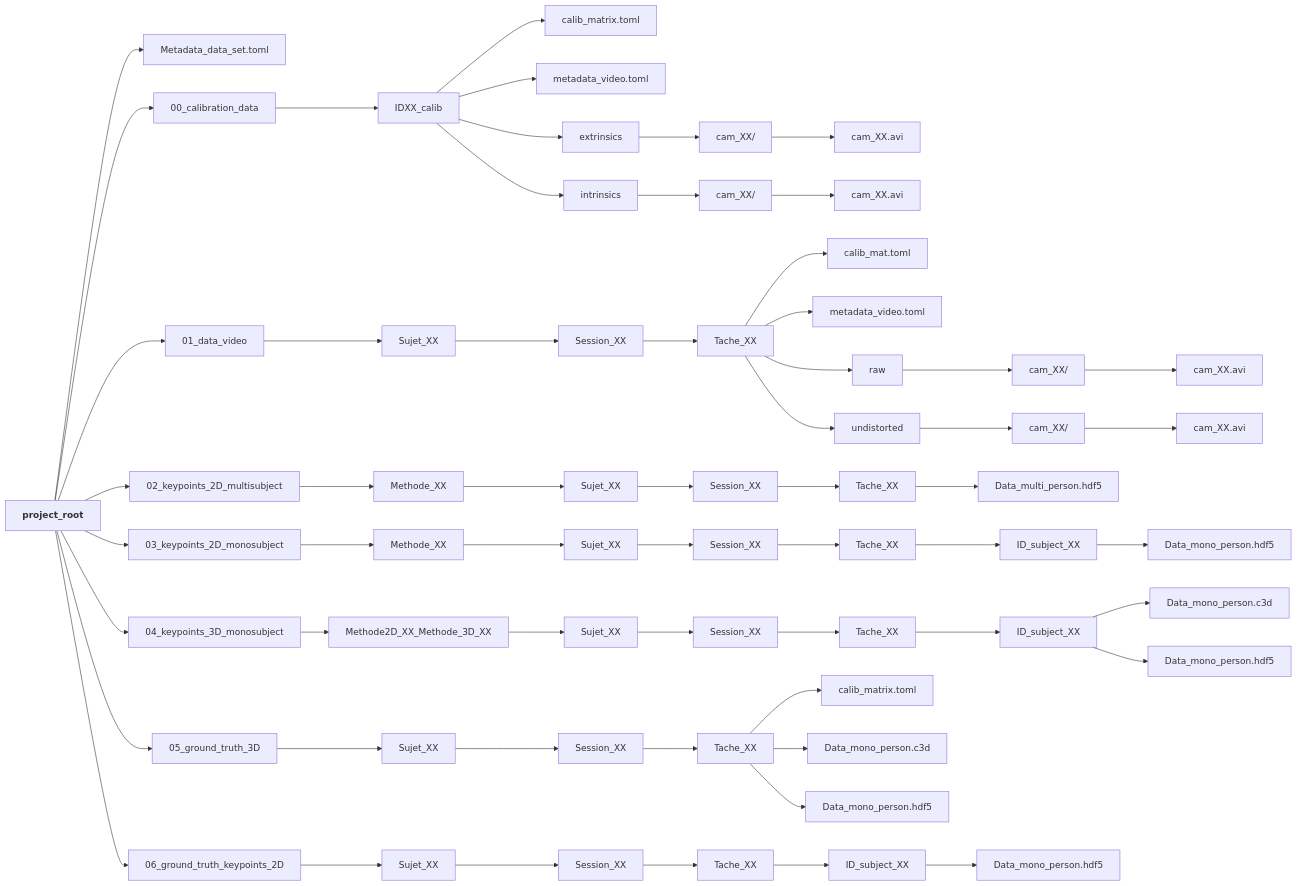
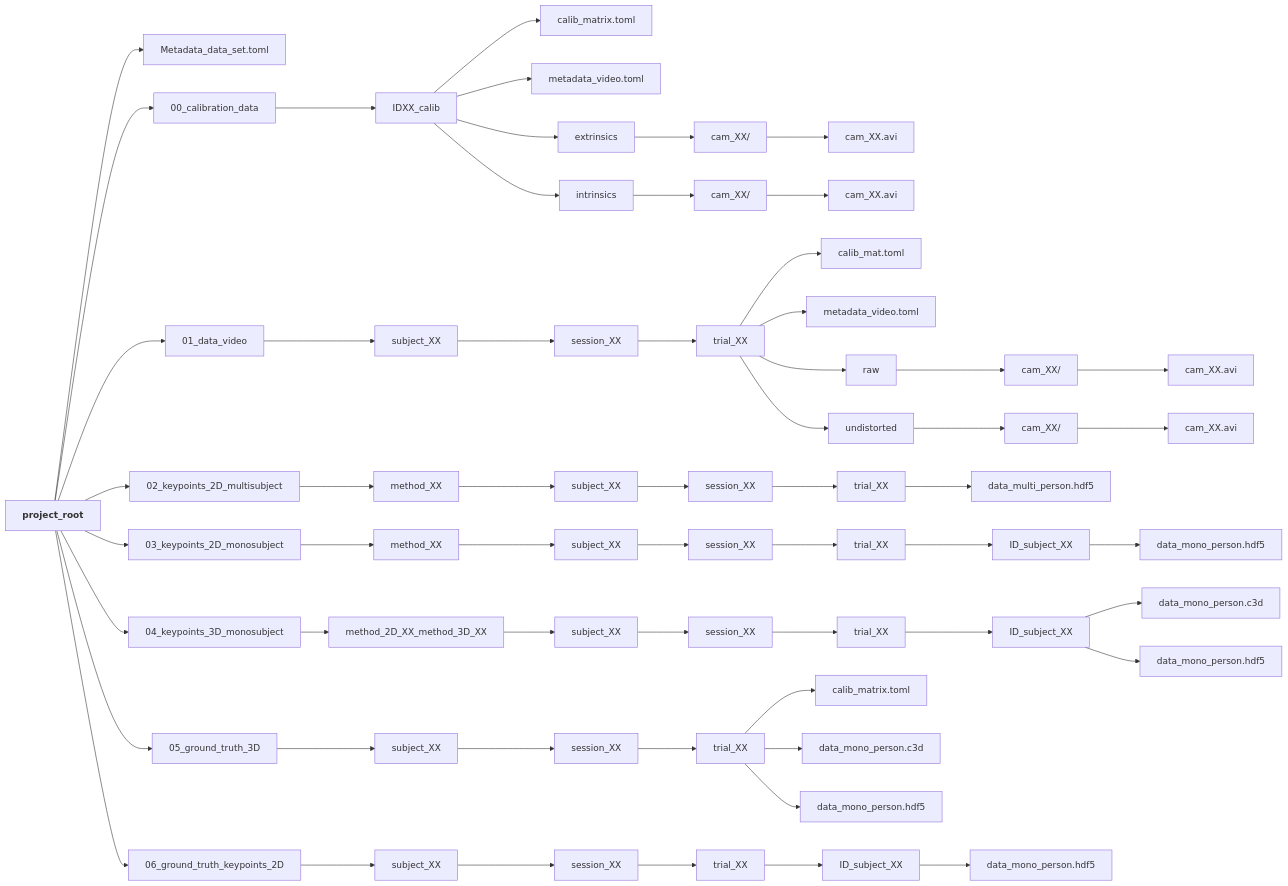
Before and after one commit to ANaaim/Reflexion_data_marker_less: the diagram in README.md, drawn with Mermaid. The commit also changed other lines of this file, not shown here.

`````diff
--- a/README.md
+++ b/README.md
@@ -2,81 +2,77 @@
 ````mermaid
 graph LR
     ROOT["<strong>project_root</strong>"]
 
-    %% Metadata global
+    %% Global metadata
     ROOT --> META["Metadata_data_set.toml"]
 
-    %% 00 – Calibration
+    %% 00 – Calibration data
     ROOT --> CALIB["00_calibration_data"]
     CALIB --> CALIB_ID["IDXX_calib"]
-    CALIB_ID --> CALIB_MATRIX["calib_matrix.toml"]
+    CALIB_ID --> CALIB_MAT["calib_matrix.toml"]
     CALIB_ID --> CALIB_META["metadata_video.toml"]
-
     CALIB_ID --> EX["extrinsics"]
     EX --> EX_CAM["cam_XX/"]
     EX_CAM --> EX_AVI["cam_XX.avi"]
-
     CALIB_ID --> IN["intrinsics"]
     IN --> IN_CAM["cam_XX/"]
     IN_CAM --> IN_AVI["cam_XX.avi"]
 
     %% 01 – Data video
     ROOT --> VIDEO["01_data_video"]
-    VIDEO --> V_SUB["Sujet_XX"]
-    V_SUB --> V_SESS["Session_XX"]
-    V_SESS --> V_TASK["Tache_XX"]
-    V_TASK --> V_CAL["calib_mat.toml"]
-    V_TASK --> V_META["metadata_video.toml"]
-
-    V_TASK --> V_RAW["raw"]
-    V_RAW --> V_RAW_CAM["cam_XX/"]
-    V_RAW_CAM --> V_RAW_AVI["cam_XX.avi"]
-
-    V_TASK --> V_UND["undistorted"]
-    V_UND --> V_UND_CAM["cam_XX/"]
-    V_UND_CAM --> V_UND_AVI["cam_XX.avi"]
+    VIDEO --> V_SUB["subject_XX"]
+    V_SUB --> V_SESS["session_XX"]
+    V_SESS --> V_TRIAL["trial_XX"]
+    V_TRIAL --> V_TRIAL_CAL["calib_mat.toml"]
+    V_TRIAL --> V_TRIAL_META["metadata_video.toml"]
+    V_TRIAL --> RAW["raw"]
+    RAW --> RAW_CAM["cam_XX/"]
+    RAW_CAM --> RAW_AVI["cam_XX.avi"]
+    V_TRIAL --> UND["undistorted"]
+    UND --> UND_CAM["cam_XX/"]
+    UND_CAM --> UND_AVI["cam_XX.avi"]
 
     %% 02 – Keypoints 2D multisubject
     ROOT --> K2D_MULTI["02_keypoints_2D_multisubject"]
-    K2D_MULTI --> K2D_METH["Methode_XX"]
-    K2D_METH --> K2D_SUB["Sujet_XX"]
-    K2D_SUB --> K2D_SESS["Session_XX"]
-    K2D_SESS --> K2D_TASK["Tache_XX"]
-    K2D_TASK --> K2D_FILE["Data_multi_person.hdf5"]
+    K2D_MULTI --> K2D_METHOD["method_XX"]
+    K2D_METHOD --> K2D_SUB["subject_XX"]
+    K2D_SUB --> K2D_SESS["session_XX"]
+    K2D_SESS --> K2D_TRIAL["trial_XX"]
+    K2D_TRIAL --> K2D_FILE["data_multi_person.hdf5"]
 
     %% 03 – Keypoints 2D monosubject
     ROOT --> K2D_MONO["03_keypoints_2D_monosubject"]
-    K2D_MONO --> K2D_MONO_METH["Methode_XX"]
-    K2D_MONO_METH --> K2D_MONO_SUB["Sujet_XX"]
-    K2D_MONO_SUB --> K2D_MONO_SESS["Session_XX"]
-    K2D_MONO_SESS --> K2D_MONO_TASK["Tache_XX"]
-    K2D_MONO_TASK --> K2D_MONO_ID["ID_subject_XX"]
-    K2D_MONO_ID --> K2D_MONO_FILE["Data_mono_person.hdf5"]
+    K2D_MONO --> K2D_MONO_METHOD["method_XX"]
+    K2D_MONO_METHOD --> K2D_MONO_SUB["subject_XX"]
+    K2D_MONO_SUB --> K2D_MONO_SESS["session_XX"]
+    K2D_MONO_SESS --> K2D_MONO_TRIAL["trial_XX"]
+    K2D_MONO_TRIAL --> K2D_MONO_ID["ID_subject_XX"]
+    K2D_MONO_ID --> K2D_MONO_FILE["data_mono_person.hdf5"]
 
     %% 04 – Keypoints 3D monosubject
     ROOT --> K3D_MONO["04_keypoints_3D_monosubject"]
-    K3D_MONO --> K3D_METH["Methode2D_XX_Methode_3D_XX"]
-    K3D_METH --> K3D_SUB["Sujet_XX"]
-    K3D_SUB --> K3D_SESS["Session_XX"]
-    K3D_SESS --> K3D_TASK["Tache_XX"]
-    K3D_TASK --> K3D_ID["ID_subject_XX"]
-    K3D_ID --> K3D_C3D["Data_mono_person.c3d"]
-    K3D_ID --> K3D_HDF5["Data_mono_person.hdf5"]
+    K3D_MONO --> K3D_METHOD["method_2D_XX_method_3D_XX"]
+    K3D_METHOD --> K3D_SUB["subject_XX"]
+    K3D_SUB --> K3D_SESS["session_XX"]
+    K3D_SESS --> K3D_TRIAL["trial_XX"]
+    K3D_TRIAL --> K3D_ID["ID_subject_XX"]
+    K3D_ID --> K3D_C3D["data_mono_person.c3d"]
+    K3D_ID --> K3D_HDF5["data_mono_person.hdf5"]
 
-    %% 05 – Ground-truth 3D
+    %% 05 – Ground truth 3D
     ROOT --> GT3D["05_ground_truth_3D"]
-    GT3D --> GT3D_SUB["Sujet_XX"]
-    GT3D_SUB --> GT3D_SESS["Session_XX"]
-    GT3D_SESS --> GT3D_TASK["Tache_XX"]
-    GT3D_TASK --> GT3D_CALIB["calib_matrix.toml"]
-    GT3D_TASK --> GT3D_C3D["Data_mono_person.c3d"]
-    GT3D_TASK --> GT3D_HDF5["Data_mono_person.hdf5"]
+    GT3D --> GT3D_SUB["subject_XX"]
+    GT3D_SUB --> GT3D_SESS["session_XX"]
+    GT3D_SESS --> GT3D_TRIAL["trial_XX"]
+    GT3D_TRIAL --> GT3D_CAL["calib_matrix.toml"]
+    GT3D_TRIAL --> GT3D_C3D["data_mono_person.c3d"]
+    GT3D_TRIAL --> GT3D_HDF5["data_mono_person.hdf5"]
 
-    %% 06 – Ground-truth keypoints 2D
+    %% 06 – Ground truth keypoints 2D
     ROOT --> GT2D["06_ground_truth_keypoints_2D"]
-    GT2D --> GT2D_SUB["Sujet_XX"]
-    GT2D_SUB --> GT2D_SESS["Session_XX"]
-    GT2D_SESS --> GT2D_TASK["Tache_XX"]
-    GT2D_TASK --> GT2D_ID["ID_subject_XX"]
-    GT2D_ID --> GT2D_HDF5["Data_mono_person.hdf5"]
+    GT2D --> GT2D_SUB["subject_XX"]
+    GT2D_SUB --> GT2D_SESS["session_XX"]
+    GT2D_SESS --> GT2D_TRIAL["trial_XX"]
+    GT2D_TRIAL --> GT2D_ID["ID_subject_XX"]
+    GT2D_ID --> GT2D_HDF5["data_mono_person.hdf5"]
 ````
`````
